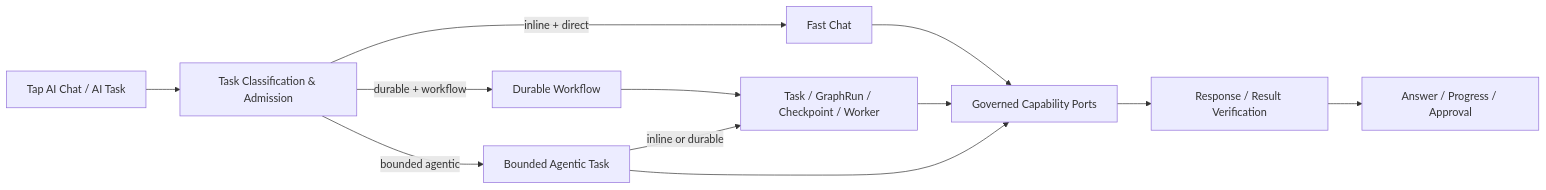
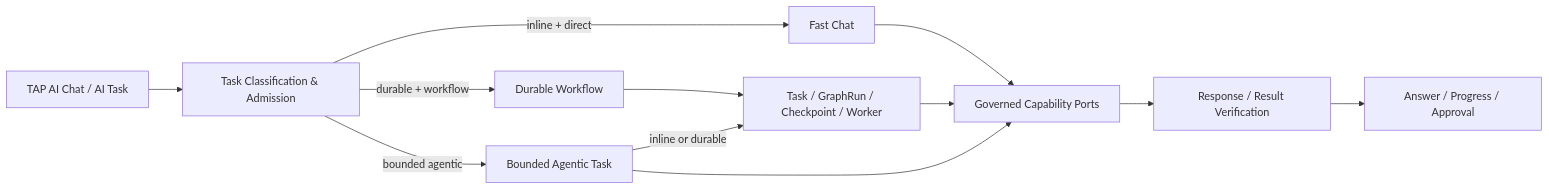
The fourth of 13 diagrams in docs/architecture/2026-08-20-overview.md (patrickstarpty/tap), drawn with Mermaid before and after one commit. The commit also changed other lines of this file and 36 other files, not shown here.

Commit message:
docs: standardize tap ai architecture visuals

````diff
--- a/docs/architecture/2026-08-20-overview.md
+++ b/docs/architecture/2026-08-20-overview.md
@@ -352,14 +352,14 @@
 ```mermaid
 flowchart LR
-    Goal[Tap AI Chat / AI Task] --> Admission[Task Classification & Admission]
+    Goal[TAP AI Chat / AI Task] --> Admission[Task Classification & Admission]
     Admission -->|inline + direct| Fast[Fast Chat]
     Admission -->|durable + workflow| Durable[Durable Workflow]
     Admission -->|bounded agentic| Agentic[Bounded Agentic Task]
     Fast --> Ports[Governed Capability Ports]
     Durable --> Runtime[Task / GraphRun / Checkpoint / Worker]
     Runtime --> Ports
     Agentic -->|inline or durable| Runtime
     Agentic --> Ports
     Ports --> Verify[Response / Result Verification]
     Verify --> Summary[Answer / Progress / Approval]
 ```
````
